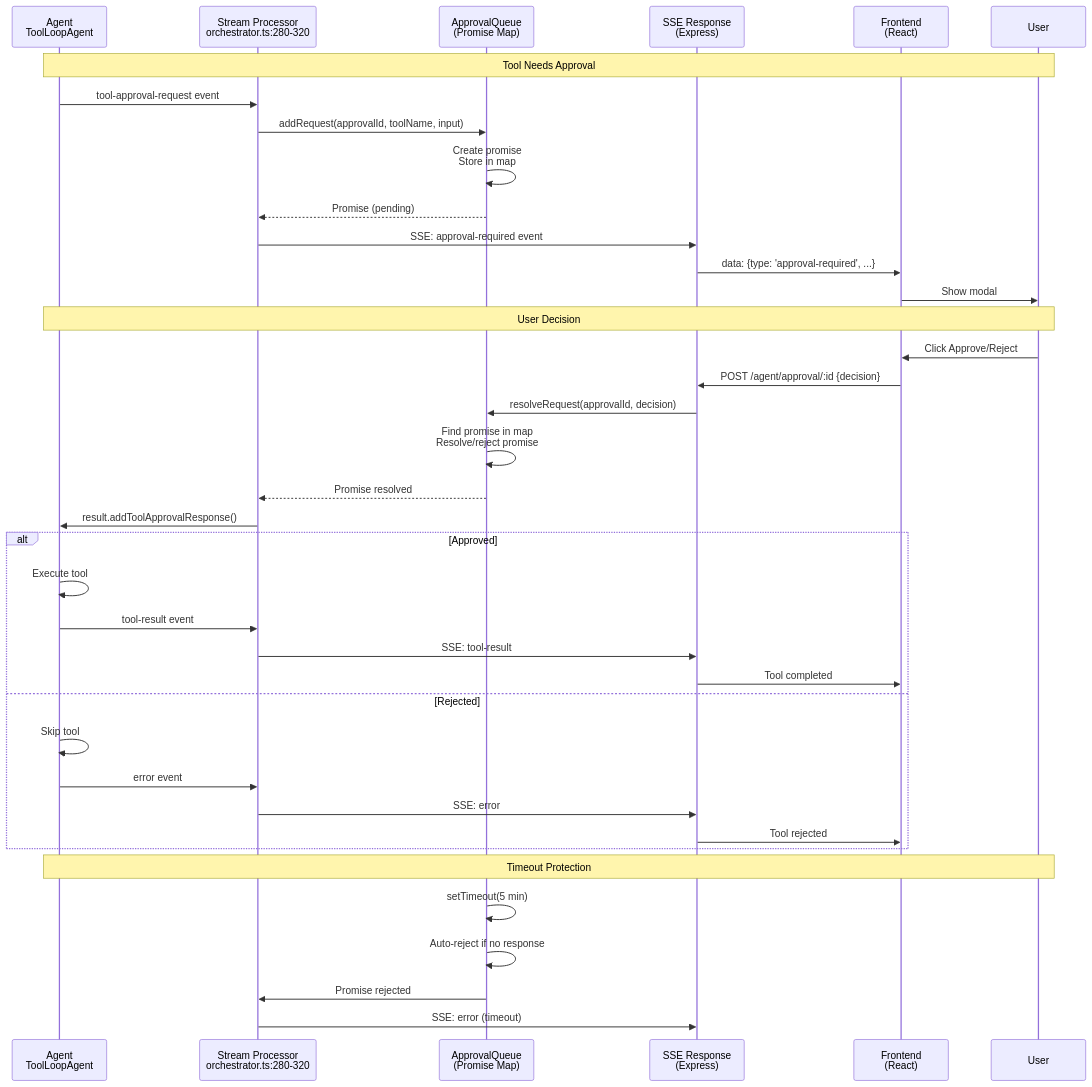
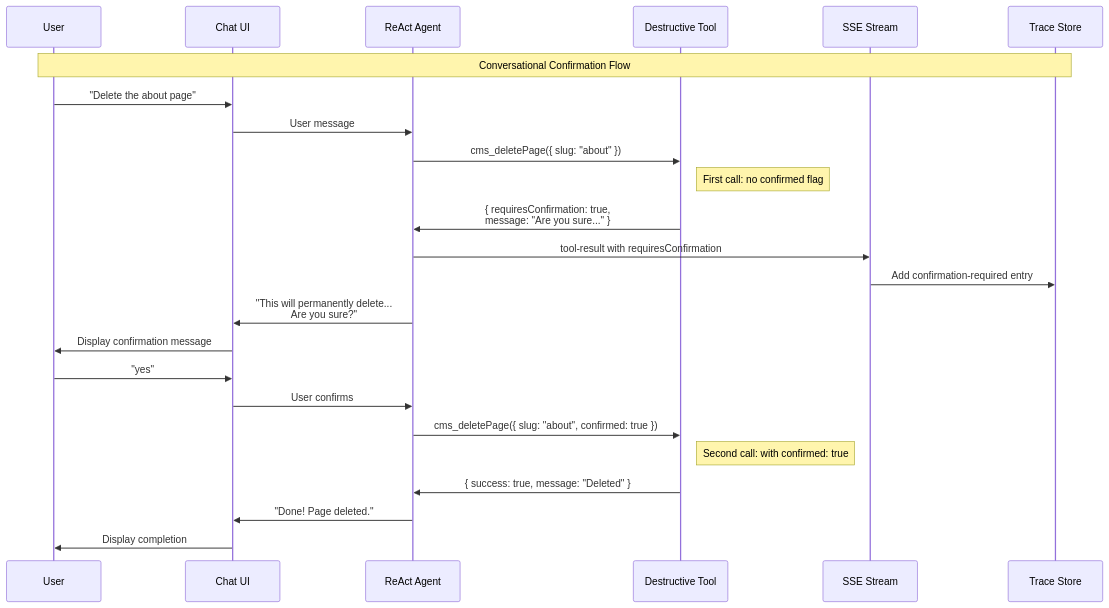
Before and after one commit to gabros20/react-agent-prototype: the fifth of 8 diagrams in docs/architecture/MODULE_INTEGRATION_PATTERNS.md, drawn with Mermaid. The commit also changed other lines of this file and 108 other files, not shown here.

````diff
--- a/docs/architecture/MODULE_INTEGRATION_PATTERNS.md
+++ b/docs/architecture/MODULE_INTEGRATION_PATTERNS.md
@@ -713,44 +712,34 @@
 ```mermaid
 sequenceDiagram
-    participant Agent as Agent<br/>ToolLoopAgent
-    participant Stream as Stream Processor<br/>orchestrator.ts:280-320
-    participant Queue as ApprovalQueue<br/>(Promise Map)
-    participant SSE as SSE Response<br/>(Express)
-    participant Frontend as Frontend<br/>(React)
     participant User as User
-    
-    Note over Agent,User: Tool Needs Approval
-    Agent->>Stream: tool-approval-request event
-    Stream->>Queue: addRequest(approvalId, toolName, input)
-    Queue->>Queue: Create promise<br/>Store in map
-    Queue-->>Stream: Promise (pending)
-    Stream->>SSE: SSE: approval-required event
-    SSE->>Frontend: data: {type: 'approval-required', ...}
-    Frontend->>User: Show modal
-    
-    Note over Agent,User: User Decision
-    User->>Frontend: Click Approve/Reject
-    Frontend->>SSE: POST /agent/approval/:id {decision}
-    SSE->>Queue: resolveRequest(approvalId, decision)
-    Queue->>Queue: Find promise in map<br/>Resolve/reject promise
-    Queue-->>Stream: Promise resolved
-    Stream->>Agent: result.addToolApprovalResponse()
-    
-    alt Approved
-        Agent->>Agent: Execute tool
-        Agent->>Stream: tool-result event
-        Stream->>SSE: SSE: tool-result
-        SSE->>Frontend: Tool completed
-    else Rejected
-        Agent->>Agent: Skip tool
-        Agent->>Stream: error event
-        Stream->>SSE: SSE: error
-        SSE->>Frontend: Tool rejected
-    end
-    
-    Note over Agent,User: Timeout Protection
-    Queue->>Queue: setTimeout(5 min)
-    Queue->>Queue: Auto-reject if no response
-    Queue->>Stream: Promise rejected
-    Stream->>SSE: SSE: error (timeout)
+    participant Chat as Chat UI
+    participant Agent as ReAct Agent
+    participant Tool as Destructive Tool
+    participant SSE as SSE Stream
+    participant Trace as Trace Store
+
+    Note over User,Trace: Conversational Confirmation Flow
+
+    User->>Chat: "Delete the about page"
+    Chat->>Agent: User message
+
+    Agent->>Tool: cms_deletePage({ slug: "about" })
+    Note right of Tool: First call: no confirmed flag
+
+    Tool->>Agent: { requiresConfirmation: true,<br/>message: "Are you sure..." }
+    Agent->>SSE: tool-result with requiresConfirmation
+    SSE->>Trace: Add confirmation-required entry
+
+    Agent->>Chat: "This will permanently delete...<br/>Are you sure?"
+    Chat->>User: Display confirmation message
+
+    User->>Chat: "yes"
+    Chat->>Agent: User confirms
+
+    Agent->>Tool: cms_deletePage({ slug: "about", confirmed: true })
+    Note right of Tool: Second call: with confirmed: true
+
+    Tool->>Agent: { success: true, message: "Deleted" }
+    Agent->>Chat: "Done! Page deleted."
+    Chat->>User: Display completion
 ```
````
